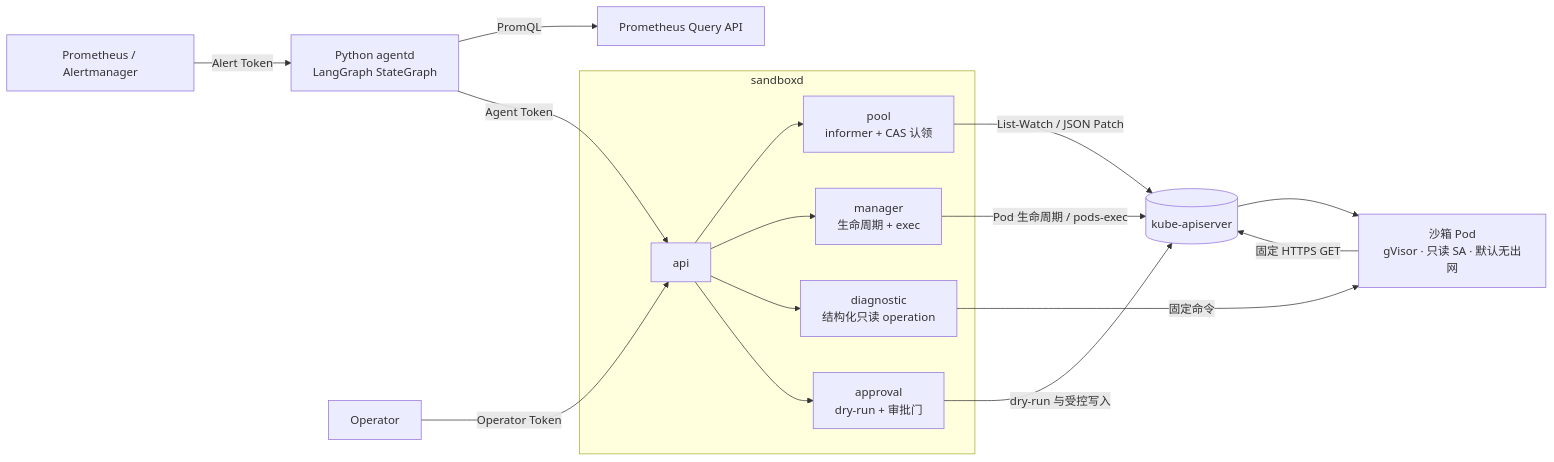
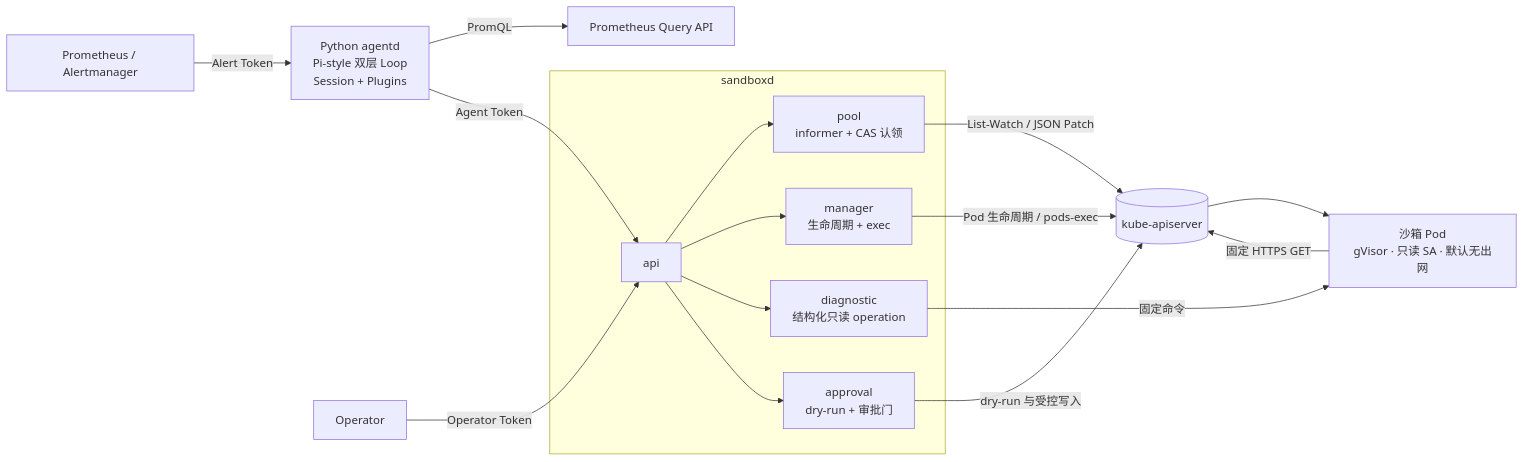
One commit to chx739/sandboxd changed the first of 2 diagrams in README.md. Above: the diagram before and after it, drawn with Mermaid. The commit also changed other lines of this file and 13 other files, not shown here.

````diff
--- a/README.md
+++ b/README.md
@@ -7,19 +7,19 @@
 ```mermaid
 graph LR
-    AM["Prometheus / Alertmanager"] -->|Alert Token| Agentd["Python agentd<br/>LangGraph StateGraph"]
+    AM["Prometheus / Alertmanager"] -->|Alert Token| Agentd["Python agentd<br/>Pi-style 双层 Loop<br/>Session + Plugins"]
     Agentd -->|PromQL| Prom["Prometheus Query API"]
     Agentd -->|Agent Token| API
     Operator["Operator"] -->|Operator Token| API
     subgraph sandboxd
         API[api] --> Pool["pool<br/>informer + CAS 认领"]
         API --> Mgr["manager<br/>生命周期 + exec"]
         API --> Diag["diagnostic<br/>结构化只读 operation"]
         API --> Gate["approval<br/>dry-run + 审批门"]
     end
     Pool -->|List-Watch / JSON Patch| K8s[(kube-apiserver)]
     Mgr -->|Pod 生命周期 / pods-exec| K8s
     Gate -->|dry-run 与受控写入| K8s
     K8s --> SB["沙箱 Pod<br/>gVisor · 只读 SA · 默认无出网"]
     Diag -->|固定命令| SB
     SB -->|固定 HTTPS GET| K8s
 ```
````
